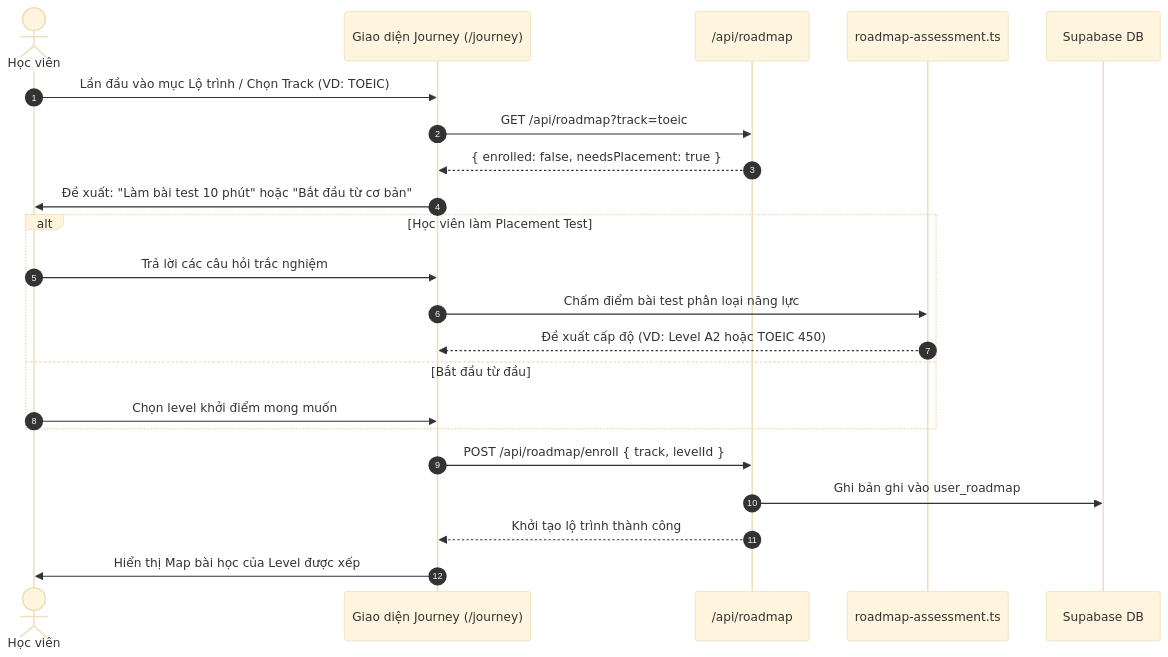
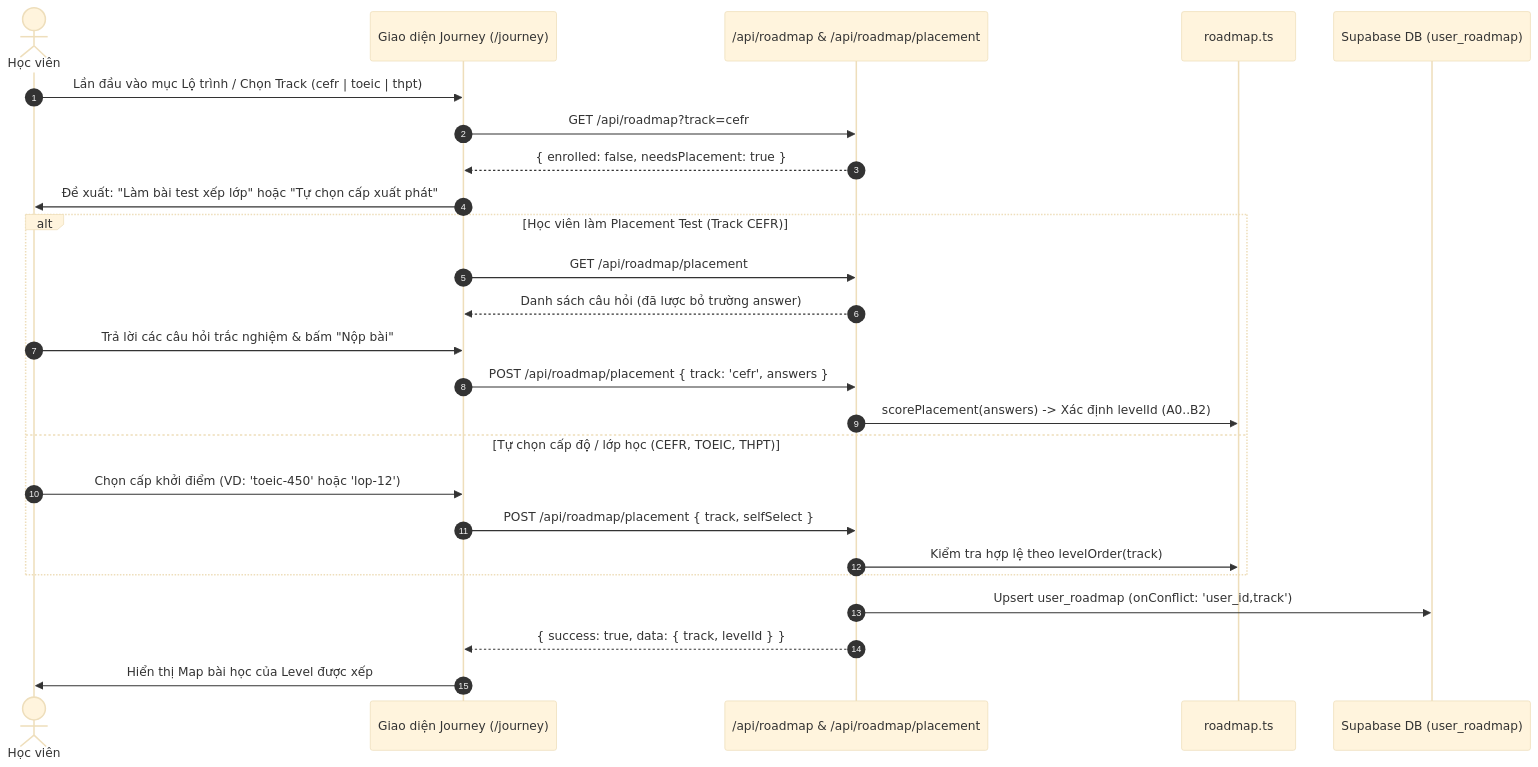
The second of 3 diagrams in agent/docs/SRS_03_ROADMAP_JOURNEY.md (FengProfessor/Vocab), drawn with Mermaid (base theme) before and after one commit. The commit also changed other lines of this file and 15 other files, not shown here.

Commit message:
docs(srs): complete 15 full-project SRS use cases and flow limitation audit

````diff
--- a/agent/docs/SRS_03_ROADMAP_JOURNEY.md
+++ b/agent/docs/SRS_03_ROADMAP_JOURNEY.md
@@ -69,25 +71,28 @@
 ```mermaid
 sequenceDiagram
     autonumber
     actor Student as Học viên
     participant UI as Giao diện Journey (/journey)
-    participant API as /api/roadmap
-    participant Assess as roadmap-assessment.ts
-    participant DB as Supabase DB
+    participant API as /api/roadmap & /api/roadmap/placement
+    participant RoadmapLib as roadmap.ts
+    participant DB as Supabase DB (user_roadmap)
 
-    Student->>UI: Lần đầu vào mục Lộ trình / Chọn Track (VD: TOEIC)
-    UI->>API: GET /api/roadmap?track=toeic
+    Student->>UI: Lần đầu vào mục Lộ trình / Chọn Track (cefr | toeic | thpt)
+    UI->>API: GET /api/roadmap?track=cefr
     API-->>UI: { enrolled: false, needsPlacement: true }
-    UI->>Student: Đề xuất: "Làm bài test 10 phút" hoặc "Bắt đầu từ cơ bản"
-    alt Học viên làm Placement Test
-        Student->>UI: Trả lời các câu hỏi trắc nghiệm
-        UI->>Assess: Chấm điểm bài test phân loại năng lực
-        Assess-->>UI: Đề xuất cấp độ (VD: Level A2 hoặc TOEIC 450)
-    else Bắt đầu từ đầu
-        Student->>UI: Chọn level khởi điểm mong muốn
+    UI->>Student: Đề xuất: "Làm bài test xếp lớp" hoặc "Tự chọn cấp xuất phát"
+    alt Học viên làm Placement Test (Track CEFR)
+        UI->>API: GET /api/roadmap/placement
+        API-->>UI: Danh sách câu hỏi (đã lược bỏ trường answer)
+        Student->>UI: Trả lời các câu hỏi trắc nghiệm & bấm "Nộp bài"
+        UI->>API: POST /api/roadmap/placement { track: 'cefr', answers }
+        API->>RoadmapLib: scorePlacement(answers) -> Xác định levelId (A0..B2)
+    else Tự chọn cấp độ / lớp học (CEFR, TOEIC, THPT)
+        Student->>UI: Chọn cấp khởi điểm (VD: 'toeic-450' hoặc 'lop-12')
+        UI->>API: POST /api/roadmap/placement { track, selfSelect }
+        API->>RoadmapLib: Kiểm tra hợp lệ theo levelOrder(track)
     end
-    UI->>API: POST /api/roadmap/enroll { track, levelId }
-    API->>DB: Ghi bản ghi vào user_roadmap
-    API-->>UI: Khởi tạo lộ trình thành công
+    API->>DB: Upsert user_roadmap (onConflict: 'user_id,track')
+    API-->>UI: { success: true, data: { track, levelId } }
     UI->>Student: Hiển thị Map bài học của Level được xếp
 ```
````
